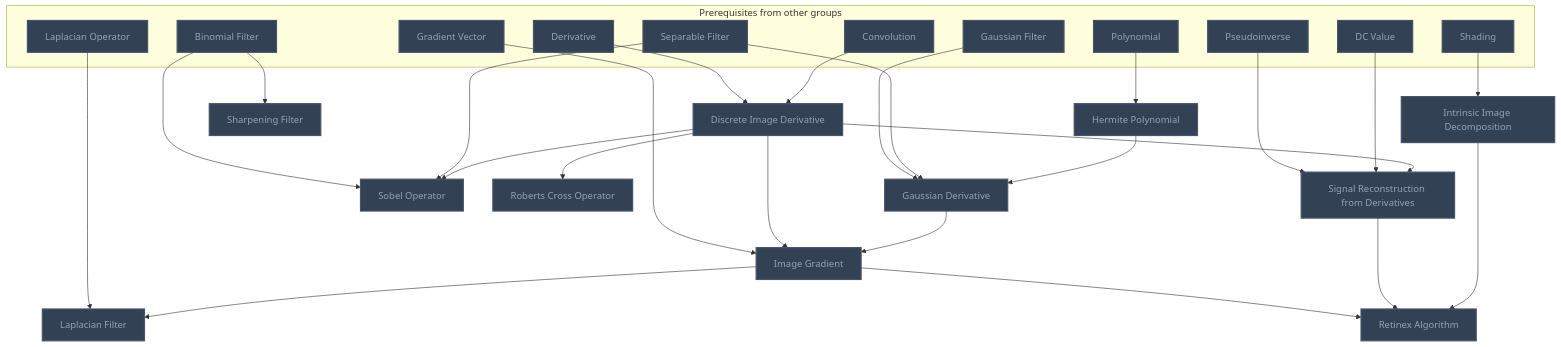
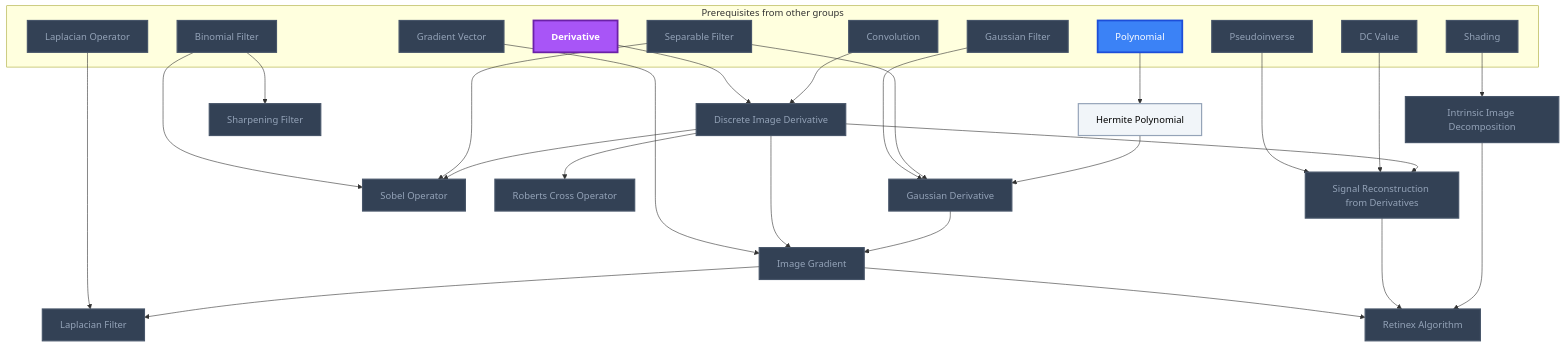
The seventh of 11 diagrams in Gamification/Skill Trees/Computer Vision.md (MRauf1/My-Notes), drawn with Mermaid before and after one commit. The commit also changed other lines of this file and 156 other files, not shown here.

````diff
--- a/Gamification/Skill Trees/Computer Vision.md
+++ b/Gamification/Skill Trees/Computer Vision.md
@@ -350,61 +353,64 @@
 ```mermaid
 flowchart TD
     classDef planned fill:#1E293B,stroke:#64748B,stroke-width:2px,stroke-dasharray:5 5,color:#94A3B8;
     classDef locked fill:#334155,stroke:#475569,stroke-width:2px,color:#94A3B8;
     classDef L0 fill:#F1F5F9,stroke:#94A3B8,stroke-width:2px,color:#000000;
     classDef L1 fill:#22C55E,stroke:#15803D,stroke-width:2px,color:#000000;
     classDef L2 fill:#3B82F6,stroke:#1D4ED8,stroke-width:3px,color:#FFFFFF;
     classDef L3 fill:#A855F7,stroke:#6B21A8,stroke-width:3px,color:#FFFFFF,font-weight:bold;
     classDef L4 fill:#F97316,stroke:#C2410C,stroke-width:4px,color:#000000,font-weight:bold;
     classDef L5 fill:#FFD700,stroke:#FF8C00,stroke-width:5px,color:#000000,font-weight:bold;
     classDef rusty stroke:#8B4513,stroke-width:4px,stroke-dasharray:3 3;
     subgraph sg_prereqs["Prerequisites from other groups"]
         n_derivative["Derivative"]
         n_convolution["Convolution"]
         n_polynomial["Polynomial"]
         n_gaussian_filter["Gaussian Filter"]
         n_separable_filter["Separable Filter"]
         n_gradient_vector["Gradient Vector"]
         n_laplacian_operator["Laplacian Operator"]
         n_binomial_filter["Binomial Filter"]
         n_pseudoinverse["Pseudoinverse"]
         n_dc_value["DC Value"]
         n_shading["Shading"]
     end
     n_discrete_image_derivative["Discrete Image Derivative"]
     n_hermite_polynomial["Hermite Polynomial"]
     n_gaussian_derivative["Gaussian Derivative"]
     n_image_gradient["Image Gradient"]
     n_laplacian_filter["Laplacian Filter"]
     n_sharpening_filter["Sharpening Filter"]
     n_sobel_operator["Sobel Operator"]
     n_roberts_cross_operator["Roberts Cross Operator"]
     n_signal_reconstruction_from_derivatives["Signal Reconstruction from Derivatives"]
     n_intrinsic_image_decomposition["Intrinsic Image Decomposition"]
     n_retinex_algorithm["Retinex Algorithm"]
     n_derivative --> n_discrete_image_derivative
     n_convolution --> n_discrete_image_derivative
     n_polynomial --> n_hermite_polynomial
     n_gaussian_filter --> n_gaussian_derivative
     n_separable_filter --> n_gaussian_derivative
     n_hermite_polynomial --> n_gaussian_derivative
     n_gradient_vector --> n_image_gradient
     n_discrete_image_derivative --> n_image_gradient
     n_gaussian_derivative --> n_image_gradient
     n_laplacian_operator --> n_laplacian_filter
     n_image_gradient --> n_laplacian_filter
     n_binomial_filter --> n_sharpening_filter
     n_binomial_filter --> n_sobel_operator
     n_separable_filter --> n_sobel_operator
     n_discrete_image_derivative --> n_sobel_operator
     n_discrete_image_derivative --> n_roberts_cross_operator
     n_pseudoinverse --> n_signal_reconstruction_from_derivatives
     n_dc_value --> n_signal_reconstruction_from_derivatives
     n_discrete_image_derivative --> n_signal_reconstruction_from_derivatives
     n_shading --> n_intrinsic_image_decomposition
     n_image_gradient --> n_retinex_algorithm
     n_signal_reconstruction_from_derivatives --> n_retinex_algorithm
     n_intrinsic_image_decomposition --> n_retinex_algorithm
-    class n_derivative,n_convolution,n_polynomial,n_gaussian_filter,n_separable_filter,n_gradient_vector,n_laplacian_operator,n_binomial_filter,n_pseudoinverse,n_dc_value,n_shading,n_discrete_image_derivative,n_hermite_polynomial,n_gaussian_derivative,n_image_gradient,n_laplacian_filter,n_sharpening_filter,n_sobel_operator,n_roberts_cross_operator,n_signal_reconstruction_from_derivatives,n_intrinsic_image_decomposition,n_retinex_algorithm locked;
+    class n_convolution,n_gaussian_filter,n_separable_filter,n_gradient_vector,n_laplacian_operator,n_binomial_filter,n_pseudoinverse,n_dc_value,n_shading,n_discrete_image_derivative,n_gaussian_derivative,n_image_gradient,n_laplacian_filter,n_sharpening_filter,n_sobel_operator,n_roberts_cross_operator,n_signal_reconstruction_from_derivatives,n_intrinsic_image_decomposition,n_retinex_algorithm locked;
+    class n_hermite_polynomial L0;
+    class n_polynomial L2;
+    class n_derivative L3;
     class n_derivative,n_convolution,n_polynomial,n_gaussian_filter,n_separable_filter,n_gradient_vector,n_laplacian_operator,n_binomial_filter,n_pseudoinverse,n_dc_value,n_shading,n_discrete_image_derivative,n_hermite_polynomial,n_gaussian_derivative,n_image_gradient,n_laplacian_filter,n_sharpening_filter,n_sobel_operator,n_roberts_cross_operator,n_signal_reconstruction_from_derivatives,n_intrinsic_image_decomposition,n_retinex_algorithm internal-link;
 ```
````
